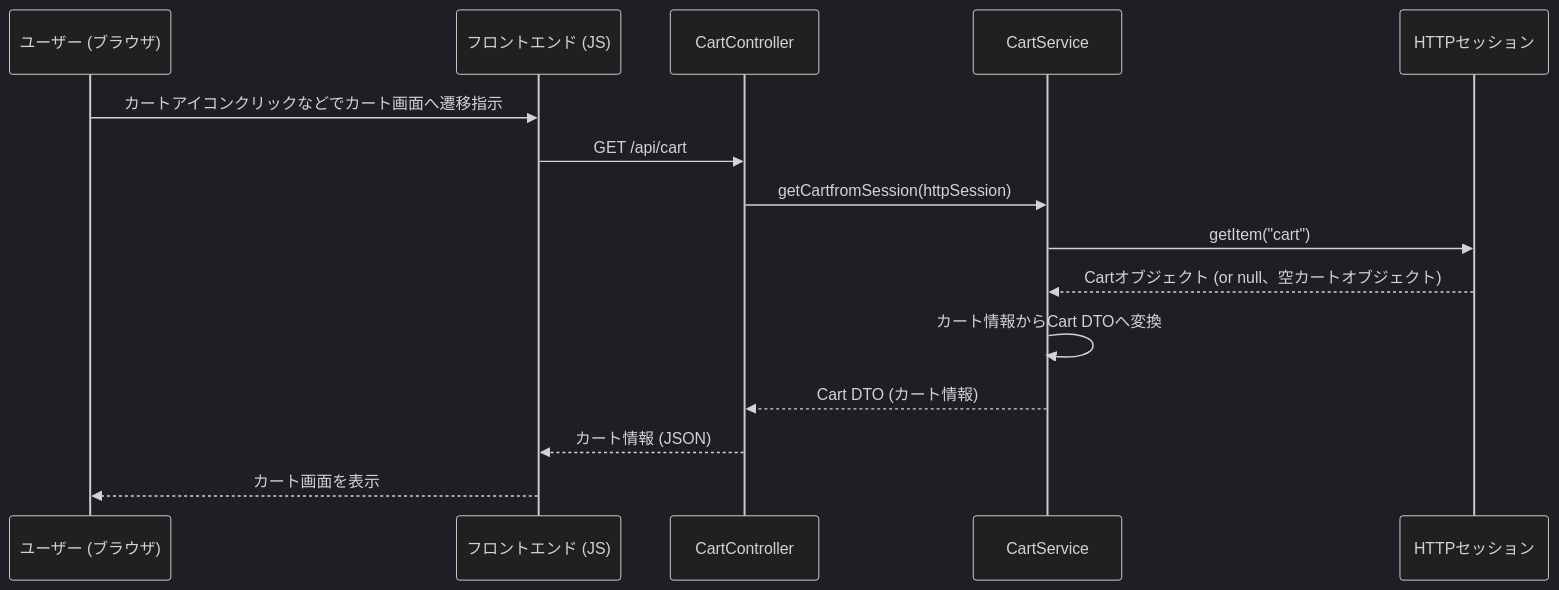
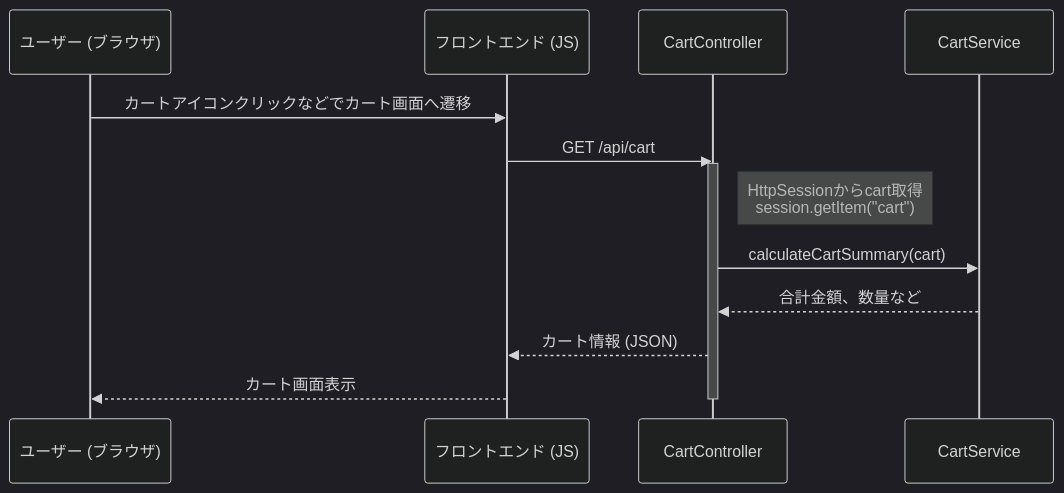
One commit to Hinako-Kimura127/neko changed the fourth of 13 diagrams in 詳細設計/詳細設計.md. Above: the diagram before and after it, drawn with Mermaid (dark theme). The commit also changed other lines of this file, not shown here.

```diff
--- a/詳細設計/詳細設計.md
+++ b/詳細設計/詳細設計.md
@@ -197,18 +197,20 @@
 <div class="mermaid">
 sequenceDiagram
     participant User as ユーザー (ブラウザ)
     participant FE as フロントエンド (JS)
     participant CartController
     participant CartService
-    participant HttpSession as HTTPセッション
- 
-    User->>FE: カートアイコンクリックなどでカート画面へ遷移指示
+
+    User->>FE: カートアイコンクリックなどでカート画面へ遷移
     FE->>CartController: GET /api/cart
-    CartController->>CartService: getCartfromSession(httpSession)
-    CartService->>HttpSession: getItem("cart")
-    HttpSession-->>CartService: Cartオブジェクト (or null、空カートオブジェクト)
-    CartService->>CartService: カート情報からCart DTOへ変換
-    CartService-->>CartController: Cart DTO (カート情報)
+
+    activate CartController
+    note right of CartController: HttpSessionからcart取得<br/>session.getItem("cart")
+
+    CartController->>CartService: calculateCartSummary(cart)
+    CartService-->>CartController: 合計金額、数量など
+
     CartController-->>FE: カート情報 (JSON)
-    FE-->>User: カート画面を表示
+    FE-->>User: カート画面表示
+    deactivate CartController
 </div>
```
